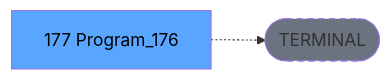
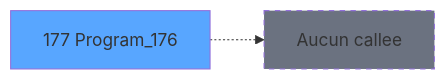
The third of 3 diagrams in .openspec/specs/ADH-IDE-177.md (thonyAGP/magic-migration), drawn with Mermaid before and after one commit. The commit also changed other lines of this file and 311 other files, not shown here.

````diff
--- a/.openspec/specs/ADH-IDE-177.md
+++ b/.openspec/specs/ADH-IDE-177.md
@@ -138,8 +121,8 @@
 ```mermaid
 graph LR
-    T[177 Program_176]
-    TERM([TERMINAL])
-    T -.-> TERM
-    style TERM fill:#6b7280,stroke-dasharray: 5 5
-    style T fill:#58a6ff,color:#000
+    T177[177 Program_176]
+    style T177 fill:#58a6ff
+    NONE[Aucun callee]
+    T177 -.-> NONE
+    style NONE fill:#6b7280,stroke-dasharray: 5 5
 ```
````
